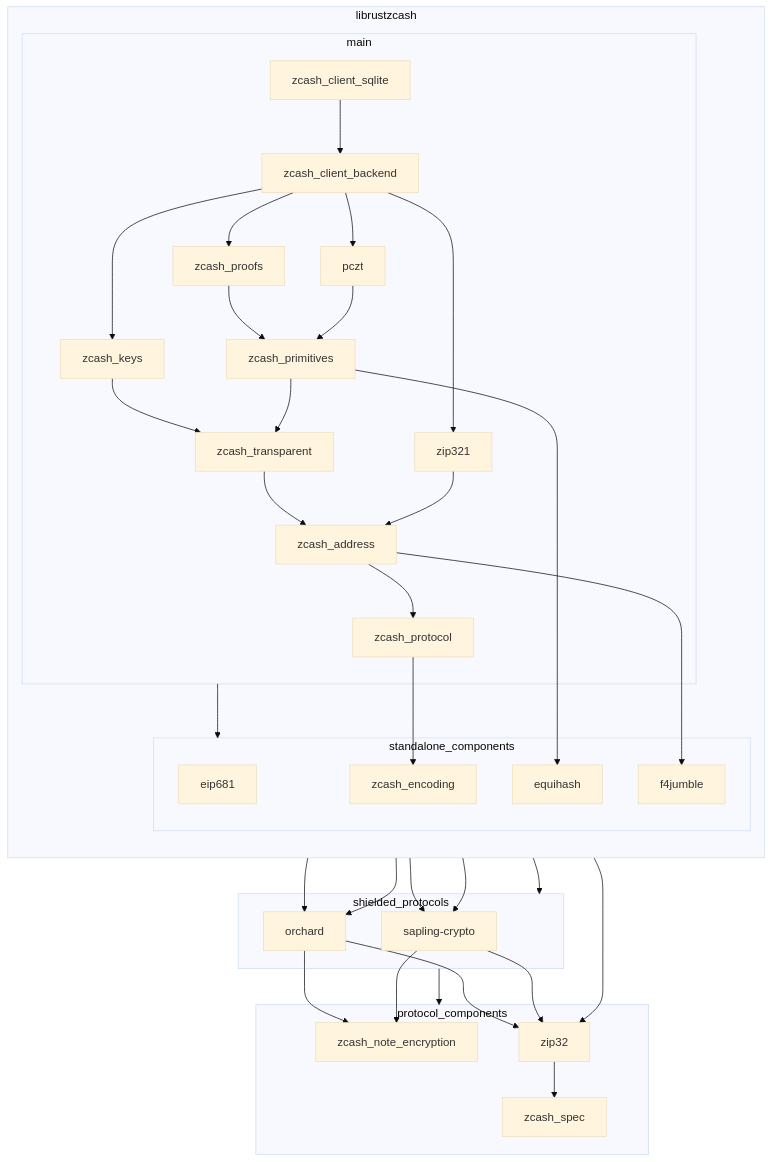
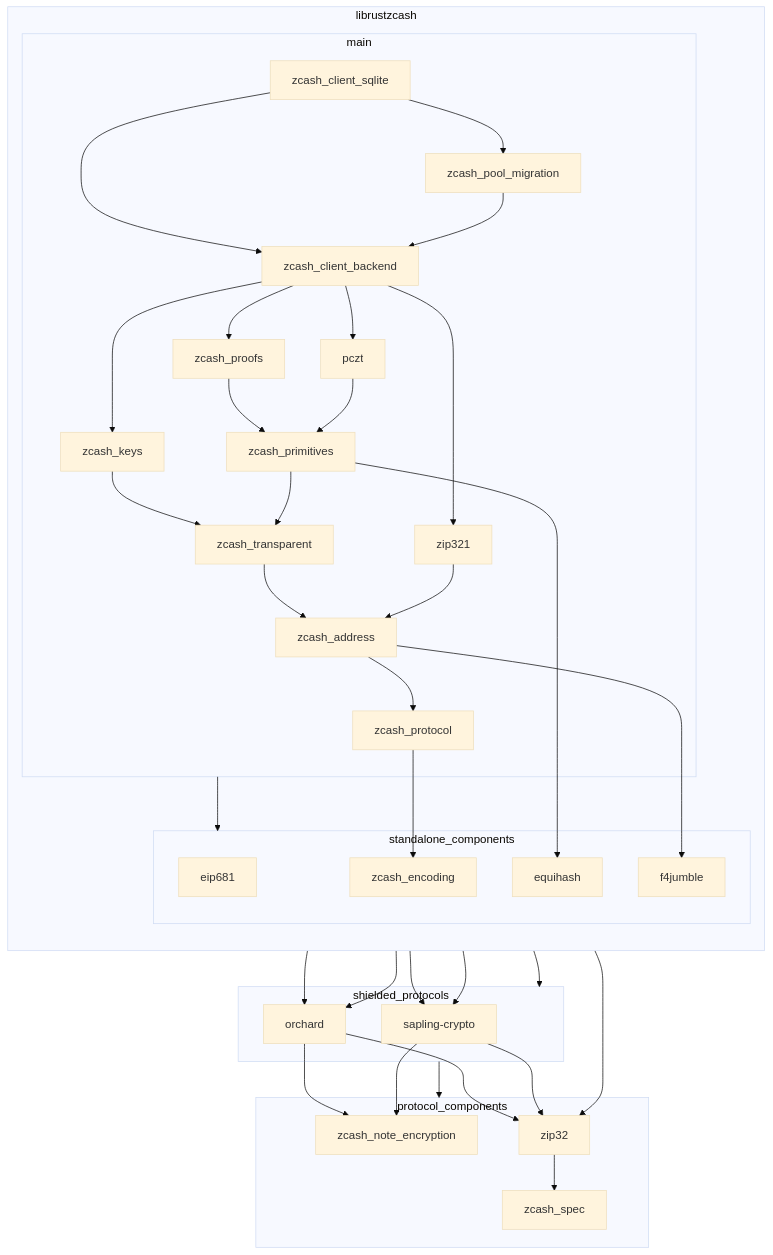
One commit to zcash/librustzcash changed the diagram in README.md. Above: the diagram before and after it, drawn with Mermaid (base theme). The commit also changed 4 other files, not shown here.

Commit message:
Initial alpha release of the zcash_pool_migration crate.

```diff
--- a/README.md
+++ b/README.md
@@ -31,6 +31,7 @@
             zcash_client_backend
             zcash_client_sqlite
             zcash_keys
+            zcash_pool_migration
             zip321
         end
 
@@ -58,10 +59,16 @@
 
     zcash_client_sqlite --> zcash_client_backend
 
+    zcash_client_sqlite --> zcash_pool_migration
+
+    zcash_pool_migration --> zcash_client_backend
+
     zcash_client_backend --> pczt
+    %% zcash_pool_migration --> pczt
 
     %% zcash_client_sqlite --> zcash_keys
     zcash_client_backend --> zcash_keys
+    %% zcash_pool_migration --> zcash_keys
 
     zcash_client_backend --> zcash_proofs
 
@@ -69,6 +76,7 @@
     pczt --> zcash_primitives
     %% zcash_client_backend --> zcash_primitives
     %% zcash_client_sqlite --> zcash_primitives
+    %% zcash_pool_migration --> zcash_primitives
 
     %% zcash_client_sqlite --> zcash_transparent
     %% zcash_client_backend --> zcash_transparent
@@ -92,6 +100,7 @@
     %% pczt --> zcash_protocol
     zcash_address --> zcash_protocol
     %% zip321 --> zcash_protocol
+    %% zcash_pool_migration --> zcash_protocol
 
     %% zcash_client_sqlite --> zcash_encoding
     %% zcash_transparent --> zcash_encoding
@@ -109,6 +118,7 @@
     zcash_keys --> orchard
     zcash_primitives --> orchard
     %% zcash_client_sqlite --> orchard
+    %% zcash_pool_migration --> orchard
 
     %% zcash_client_sqlite --> sapling-crypto
     %% zcash_client_backend --> sapling-crypto
@@ -151,6 +161,7 @@
     click zcash_client_sqlite "https://docs.rs/zcash_client_sqlite/" _blank
     click zcash_keys "https://docs.rs/zcash_keys/" _blank
     click zcash_note_encryption "https://docs.rs/zcash_note_encryption/" _blank
+    click zcash_pool_migration "https://docs.rs/zcash_pool_migration/" _blank
     click zcash_primitives "https://docs.rs/zcash_primitives/" _blank
     click zcash_proofs "https://docs.rs/zcash_proofs/" _blank
     click zcash_protocol "https://docs.rs/zcash_protocol/" _blank
```
